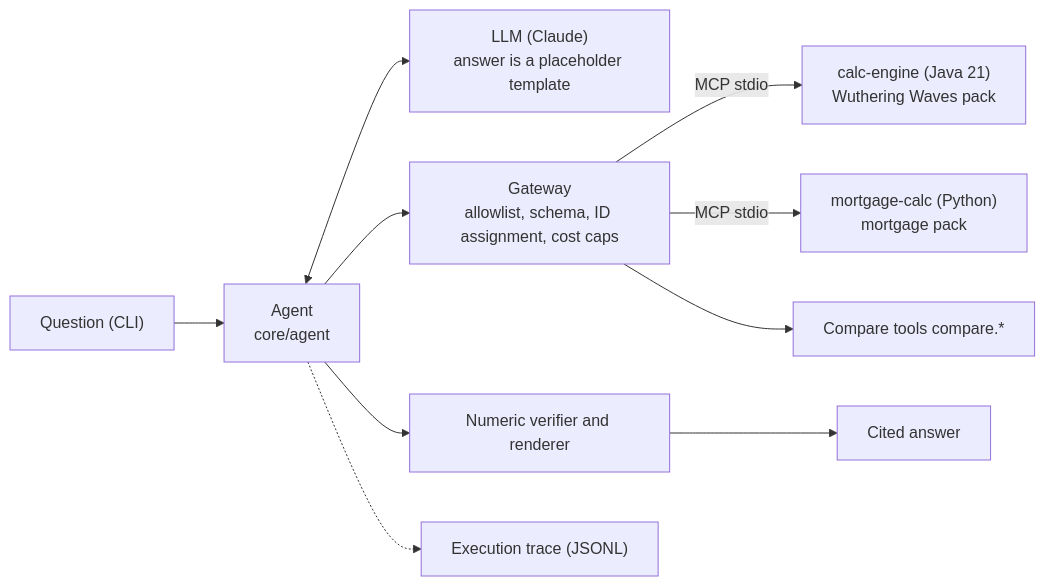
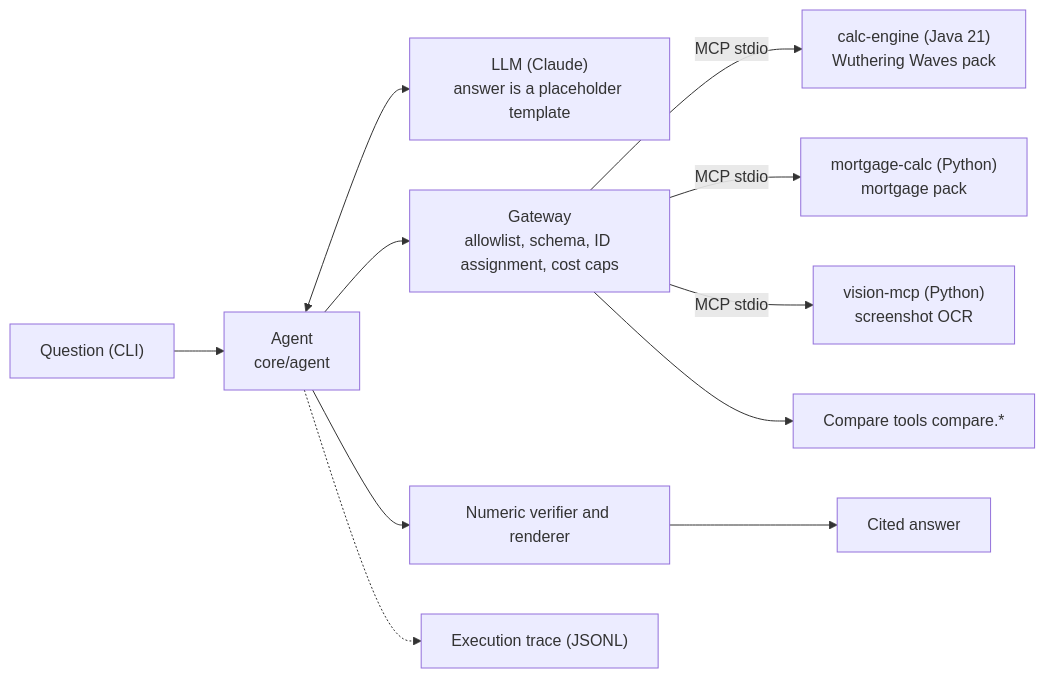
The diagram in README.en.md (hexinlong9981/echolab), drawn with Mermaid before and after one commit. The commit also changed other lines of this file and 15 other files, not shown here.

````diff
--- a/README.en.md
+++ b/README.en.md
@@ -41,12 +42,13 @@
 ```mermaid
 flowchart LR
   Q["Question (CLI)"] --> A["Agent<br/>core/agent"]
   A <--> L["LLM (Claude)<br/>answer is a placeholder template"]
   A --> G["Gateway<br/>allowlist, schema, ID assignment, cost caps"]
   G -->|MCP stdio| J["calc-engine (Java 21)<br/>Wuthering Waves pack"]
   G -->|MCP stdio| M["mortgage-calc (Python)<br/>mortgage pack"]
+  G -->|MCP stdio| O["vision-mcp (Python)<br/>screenshot OCR"]
   G --> K["Compare tools compare.*"]
   A --> V["Numeric verifier and renderer"]
   V --> R["Cited answer"]
   A -.-> T["Execution trace (JSONL)"]
 ```
````
